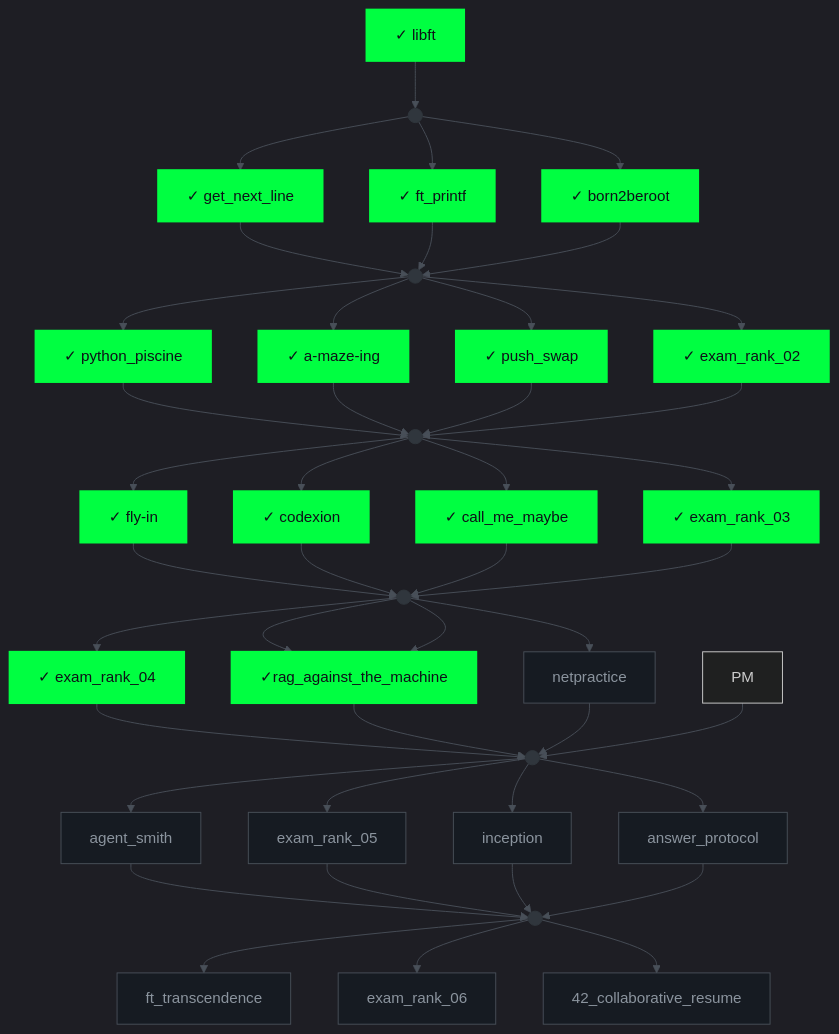
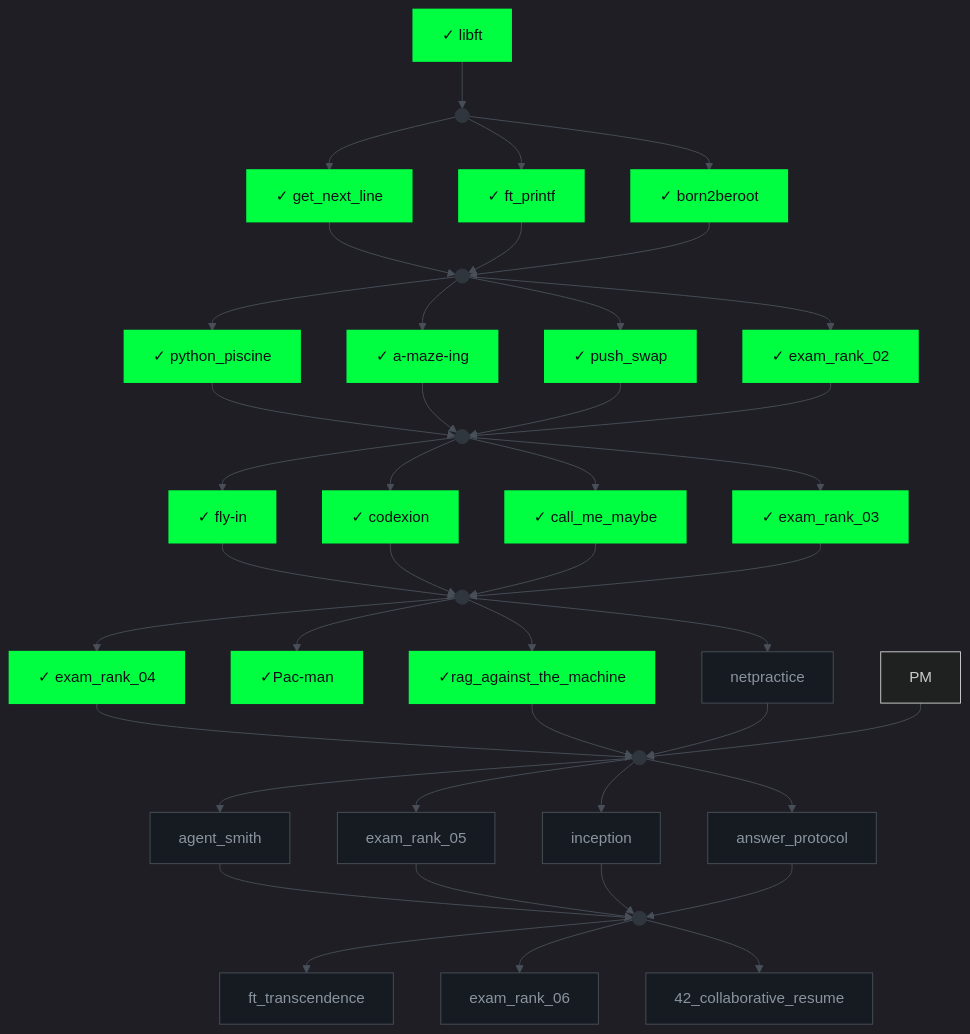
The diagram in README.md (0hmza/0hmza), drawn with Mermaid before and after one commit.

Commit message:
Update link from RAG to PC for Pac-man

````diff
--- a/README.md
+++ b/README.md
@@ -55,60 +55,60 @@
 ```mermaid
 %%{init: {'theme':'dark','themeVariables':{'primaryColor':'#0D1117','primaryTextColor':'#C9D1D9','primaryBorderColor':'#30363D','lineColor':'#484F58','fontFamily':'monospace','fontSize':'16px'}}}%%
 graph TD
     LIB["✓ libft"]:::done --> G0((" ")):::gate
     G0 --> GNL["✓ get_next_line"]:::done
     G0 --> FP["✓ ft_printf"]:::done
     G0 --> B2B["✓ born2beroot"]:::done
 
     GNL --> G1((" ")):::gate
     FP --> G1
     B2B --> G1
 
     G1 --> PY["✓ python_piscine"]:::done
     G1 --> AM["✓ a-maze-ing"]:::done
     G1 --> PS["✓ push_swap"]:::done
     G1 --> E2["✓ exam_rank_02"]:::done
 
     PY --> G2((" ")):::gate
     AM --> G2
     PS --> G2
     E2 --> G2
 
     G2 --> FI["✓ fly-in"]:::done
     G2 --> CX["✓ codexion"]:::done
     G2 --> CMM["✓ call_me_maybe"]:::done
     G2 --> E3["✓ exam_rank_03"]:::done
 
     FI --> G3((" ")):::gate
     CX --> G3
     CMM --> G3
     E3 --> G3
 
     G3 --> E4["✓ exam_rank_04"]:::done
-    G3 --> RAG["✓Pac-man"]:::done
+    G3 --> PC["✓Pac-man"]:::done
     G3 --> RAG["✓rag_against_the_machine"]:::done
     G3 --> NP["netpractice"]:::todo
 
     E4 --> G4((" ")):::gate
     RAG --> G4
     NP --> G4
     PM --> G4
 
     G4 --> AS["agent_smith"]:::todo
     G4 --> E5["exam_rank_05"]:::todo
     G4 --> INC["inception"]:::todo
     G4 --> AP["answer_protocol"]:::todo
 
     AS --> G5((" ")):::gate
     E5 --> G5
     INC --> G5
     AP --> G5
 
     G5 --> FT["ft_transcendence"]:::todo
     G5 --> E6["exam_rank_06"]:::todo
     G5 --> CR["42_collaborative_resume"]:::todo
 
     classDef done fill:#00FF41,stroke:#00FF41,color:#0D1117,stroke-width:2px
     classDef todo fill:#161B22,stroke:#484F58,color:#8B949E
     classDef gate fill:#30363D,stroke:#30363D,color:#30363D
 ```
````
